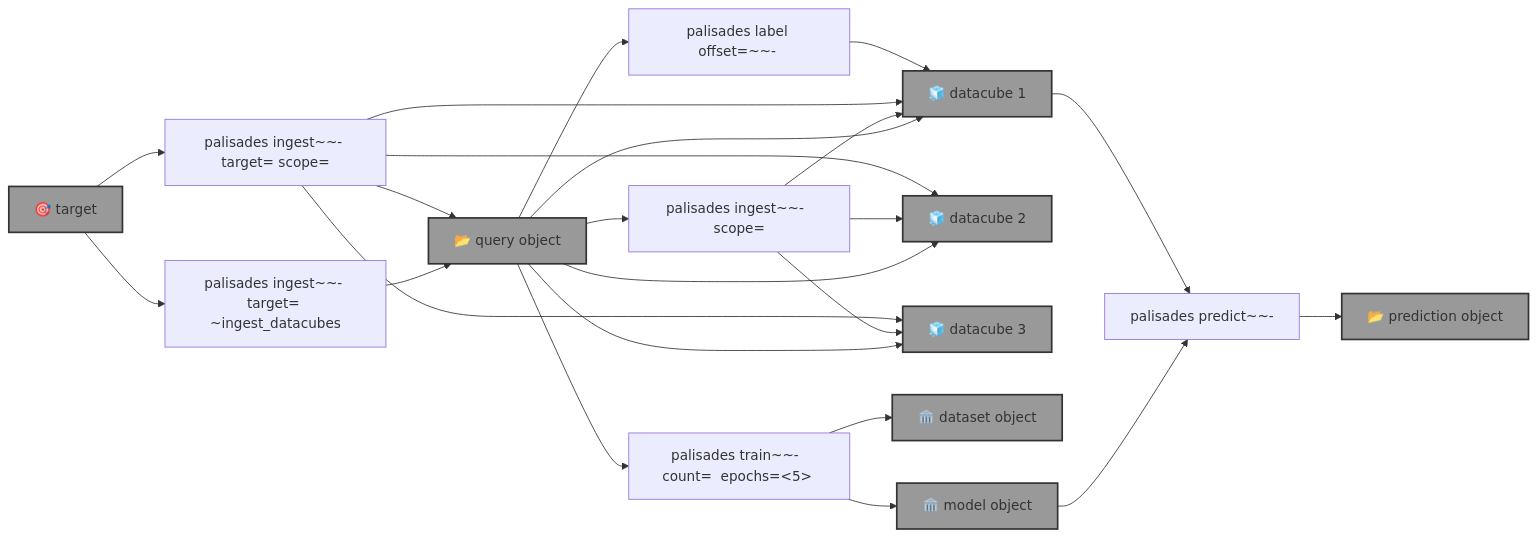
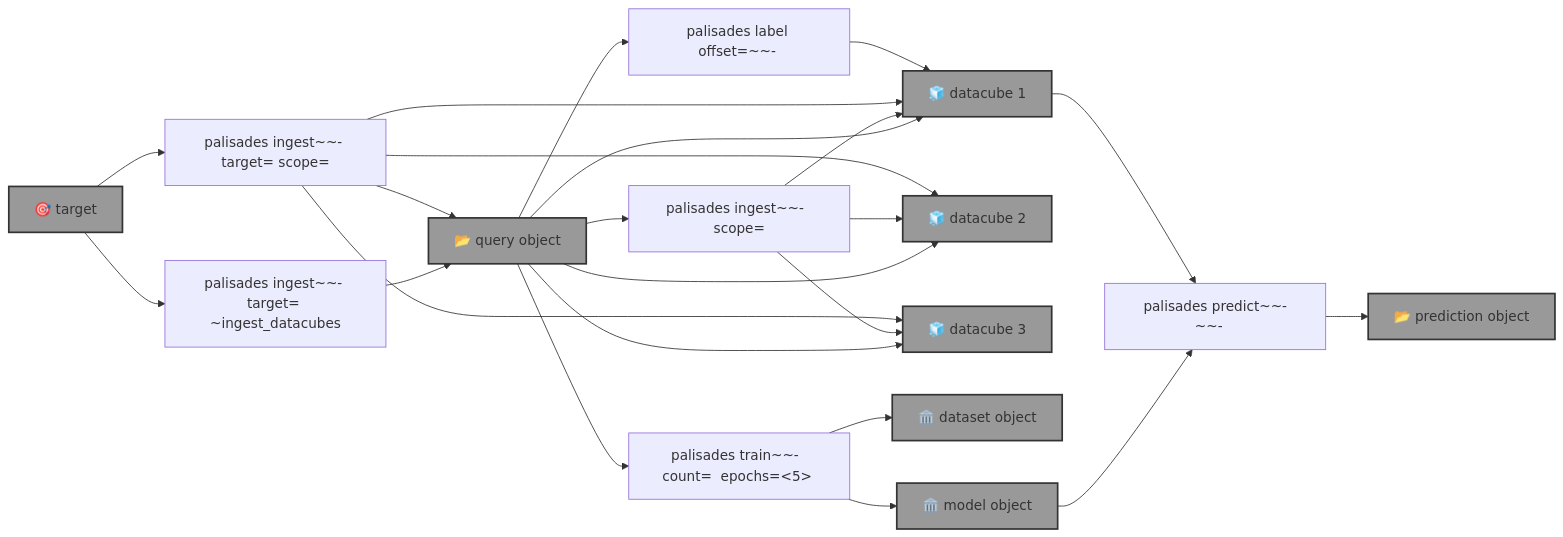
The diagram in blue_sandbox/palisades/template.md (kamangir/blue-sandbox), drawn with Mermaid before and after one commit. The commit also changed other lines of this file and 6 other files, not shown here.

Commit message:
palisades predict += ingest - kamangir/bolt#746

````diff
--- a/blue_sandbox/palisades/template.md
+++ b/blue_sandbox/palisades/template.md
@@ -5,54 +5,54 @@
 ```mermaid
 graph LR
     palisades_ingest_query_ingest["palisades ingest~~- <query-object-name> scope=<scope>"]
 
     palisades_ingest_target["palisades ingest~~- target=<target> ~ingest_datacubes"]
 
     palisades_ingest_target_ingest["palisades ingest~~- target=<target> scope=<scope>"]
 
     palisades_label["palisades label offset=<offset>~~- <query-object-name>"]
 
     palisades_train["palisades train~~- <query-object-name> count=<count> <dataset-object-name> epochs=<5> <model-object-name>"]
 
-    palisades_predict["palisades predict~~- <model-object-name> <datacube-id> <prediction-object-name>"]
+    palisades_predict["palisades predict~~-~~- <model-object-name> <datacube-id> <prediction-object-name>"]
 
     target["🎯 target"]:::folder
     query_object["📂 query object"]:::folder
     datacube_1["🧊 datacube 1"]:::folder
     datacube_2["🧊 datacube 2"]:::folder
     datacube_3["🧊 datacube 3"]:::folder
     dataset_object["🏛️ dataset object"]:::folder
     model_object["🏛️ model object"]:::folder
     prediction_object["📂 prediction object"]:::folder
 
     query_object --> datacube_1
     query_object --> datacube_2
     query_object --> datacube_3
 
     query_object --> palisades_ingest_query_ingest
     palisades_ingest_query_ingest --> datacube_1
     palisades_ingest_query_ingest --> datacube_2
     palisades_ingest_query_ingest --> datacube_3
 
     target --> palisades_ingest_target
     palisades_ingest_target --> query_object
 
     target --> palisades_ingest_target_ingest
     palisades_ingest_target_ingest --> query_object
     palisades_ingest_target_ingest --> datacube_1
     palisades_ingest_target_ingest --> datacube_2
     palisades_ingest_target_ingest --> datacube_3
 
     query_object --> palisades_label
     palisades_label --> datacube_1
 
     query_object --> palisades_train
     palisades_train --> dataset_object
     palisades_train --> model_object
 
     model_object --> palisades_predict
     datacube_1 --> palisades_predict
     palisades_predict --> prediction_object
 
     classDef folder fill:#999,stroke:#333,stroke-width:2px;
 ```
````
